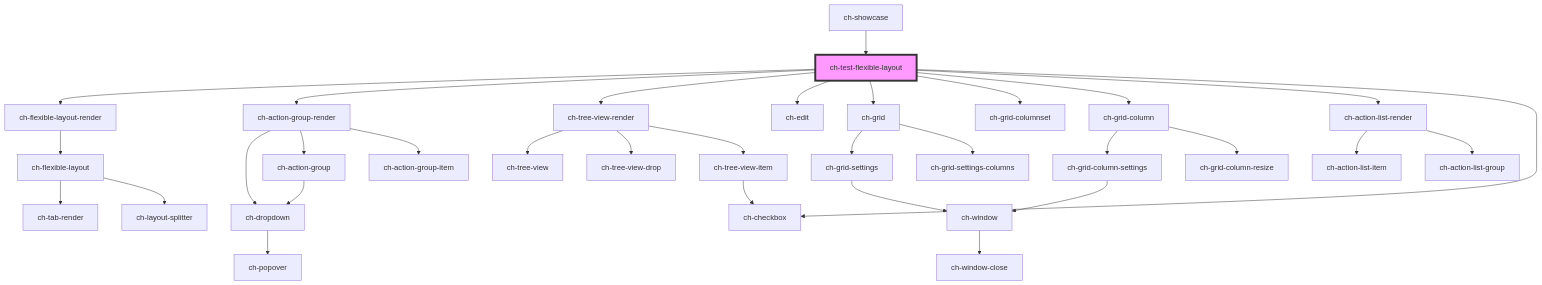
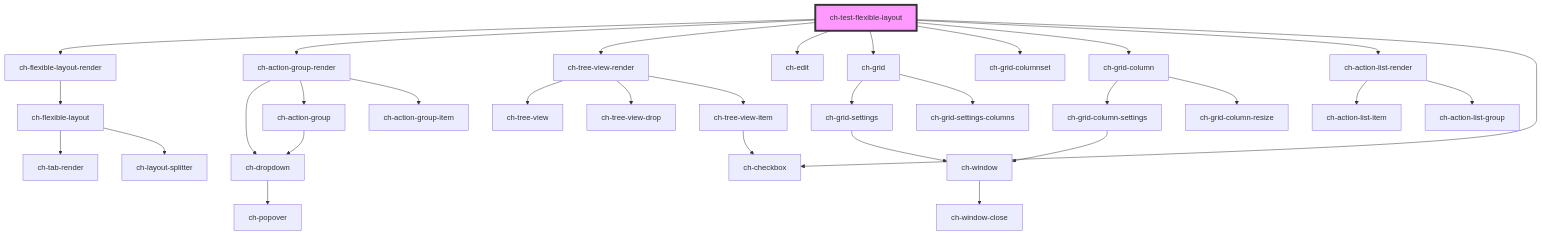
One commit to genexuslabs/chameleon-controls-library changed the diagram in src/components/test/test-flexible-layout/readme.md. Above: the diagram before and after it, drawn with Mermaid. The commit also changed other lines of this file and 25 other files, not shown here.

````diff
--- a/src/components/test/test-flexible-layout/readme.md
+++ b/src/components/test/test-flexible-layout/readme.md
@@ -34,35 +30,34 @@
 ```mermaid
 graph TD;
   ch-test-flexible-layout --> ch-flexible-layout-render
   ch-test-flexible-layout --> ch-action-group-render
   ch-test-flexible-layout --> ch-tree-view-render
   ch-test-flexible-layout --> ch-edit
   ch-test-flexible-layout --> ch-grid
   ch-test-flexible-layout --> ch-grid-columnset
   ch-test-flexible-layout --> ch-grid-column
   ch-test-flexible-layout --> ch-action-list-render
   ch-test-flexible-layout --> ch-checkbox
   ch-flexible-layout-render --> ch-flexible-layout
   ch-flexible-layout --> ch-tab-render
   ch-flexible-layout --> ch-layout-splitter
   ch-action-group-render --> ch-dropdown
   ch-action-group-render --> ch-action-group
   ch-action-group-render --> ch-action-group-item
   ch-dropdown --> ch-popover
   ch-action-group --> ch-dropdown
   ch-tree-view-render --> ch-tree-view
   ch-tree-view-render --> ch-tree-view-drop
   ch-tree-view-render --> ch-tree-view-item
   ch-tree-view-item --> ch-checkbox
   ch-grid --> ch-grid-settings
   ch-grid --> ch-grid-settings-columns
   ch-grid-settings --> ch-window
   ch-window --> ch-window-close
   ch-grid-column --> ch-grid-column-settings
   ch-grid-column --> ch-grid-column-resize
   ch-grid-column-settings --> ch-window
   ch-action-list-render --> ch-action-list-item
   ch-action-list-render --> ch-action-list-group
-  ch-showcase --> ch-test-flexible-layout
   style ch-test-flexible-layout fill:#f9f,stroke:#333,stroke-width:4px
 ```
````
